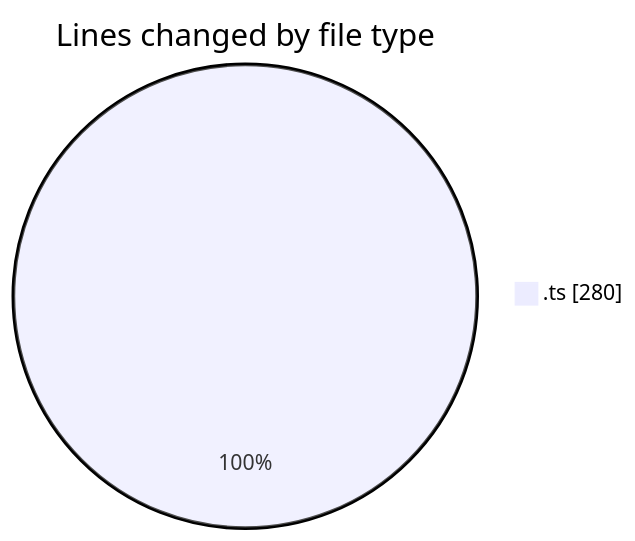
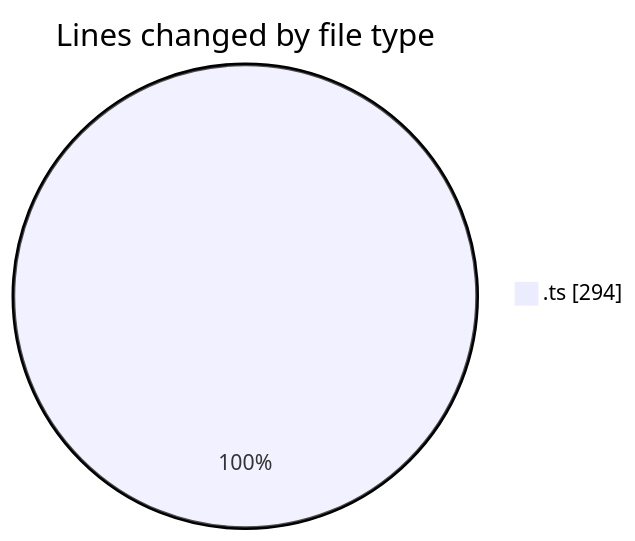
Before and after one commit to julien-gomy/code-tracking: the first of 2 diagrams in 2025-11-13/eventscop-frontend-guide__workspace_/README.md, drawn with Mermaid. The commit also changed other lines of this file and 1 other file, not shown here.

````diff
--- a/2025-11-13/eventscop-frontend-guide__workspace_/README.md
+++ b/2025-11-13/eventscop-frontend-guide__workspace_/README.md
@@ -22,5 +23,5 @@
 ```mermaid
 pie showData
 title Lines changed by file type
-".ts" : 280
+".ts" : 294
 ```
````
